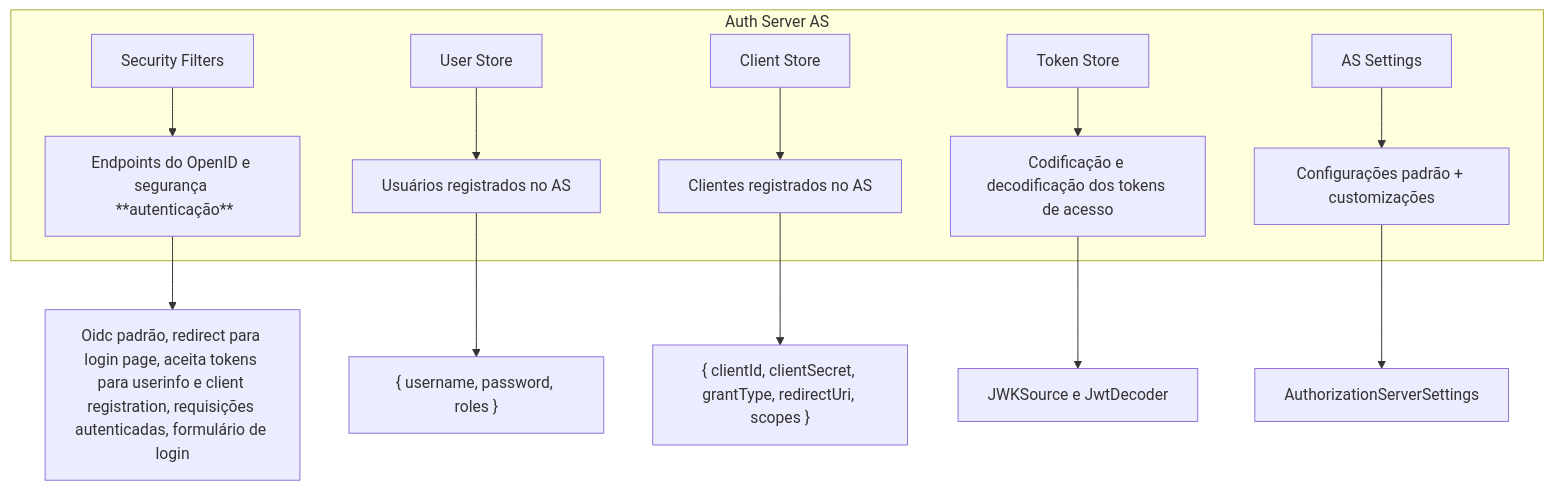
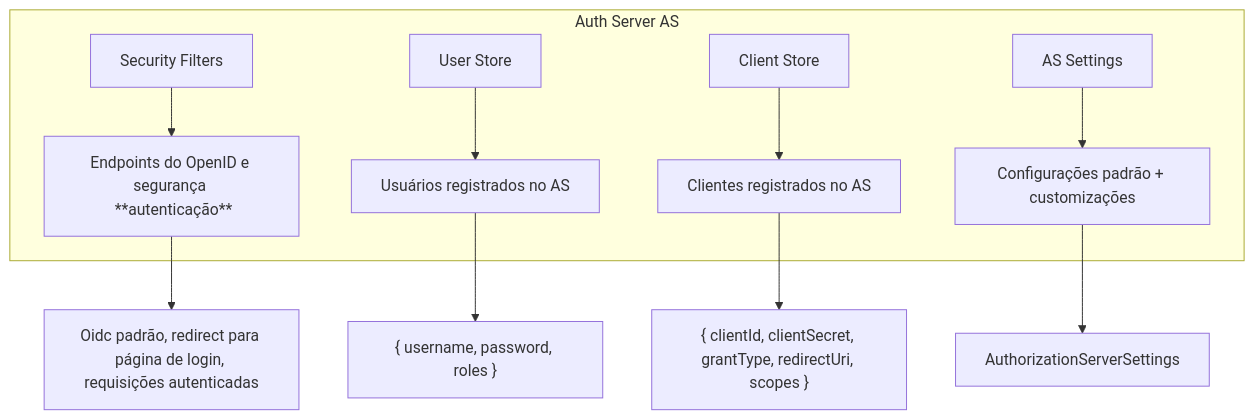
The second of 2 diagrams in readme.md (iam-ifsc/Spring-Authorization-Server), drawn with Mermaid before and after one commit. The commit also changed other lines of this file and 12 other files, not shown here.

````diff
--- a/readme.md
+++ b/readme.md
@@ -21,16 +49,15 @@
 ```mermaid 
     flowchart TB
     subgraph AS [Auth Server AS]
         A1[Security Filters] --> B1[Endpoints do OpenID e segurança <br> **autenticação**]
         A2[User Store] --> B2[Usuários registrados no AS]
         A3[Client Store] --> B3[Clientes registrados no AS]
-        A4[Token Store] --> B4[Codificação e decodificação dos tokens de acesso]
+         
         A5[AS Settings] --> B5[Configurações padrão + customizações]
     end
     
-    B1 --> C1["Oidc padrão, redirect para login page, aceita tokens para userinfo e client registration, requisições autenticadas, formulário de login"]
+    B1 --> C1["Oidc padrão, redirect para página de login, requisições autenticadas"]
     B2 --> C2["{ username, password, roles }"]
-    B3 --> C3["{ clientId, clientSecret, grantType, redirectUri, scopes }"]
-    B4 --> C4["JWKSource e JwtDecoder"]
+    B3 --> C3["{ clientId, clientSecret, grantType, redirectUri, scopes }"] 
     B5 --> C5["AuthorizationServerSettings"]
 ```
````
